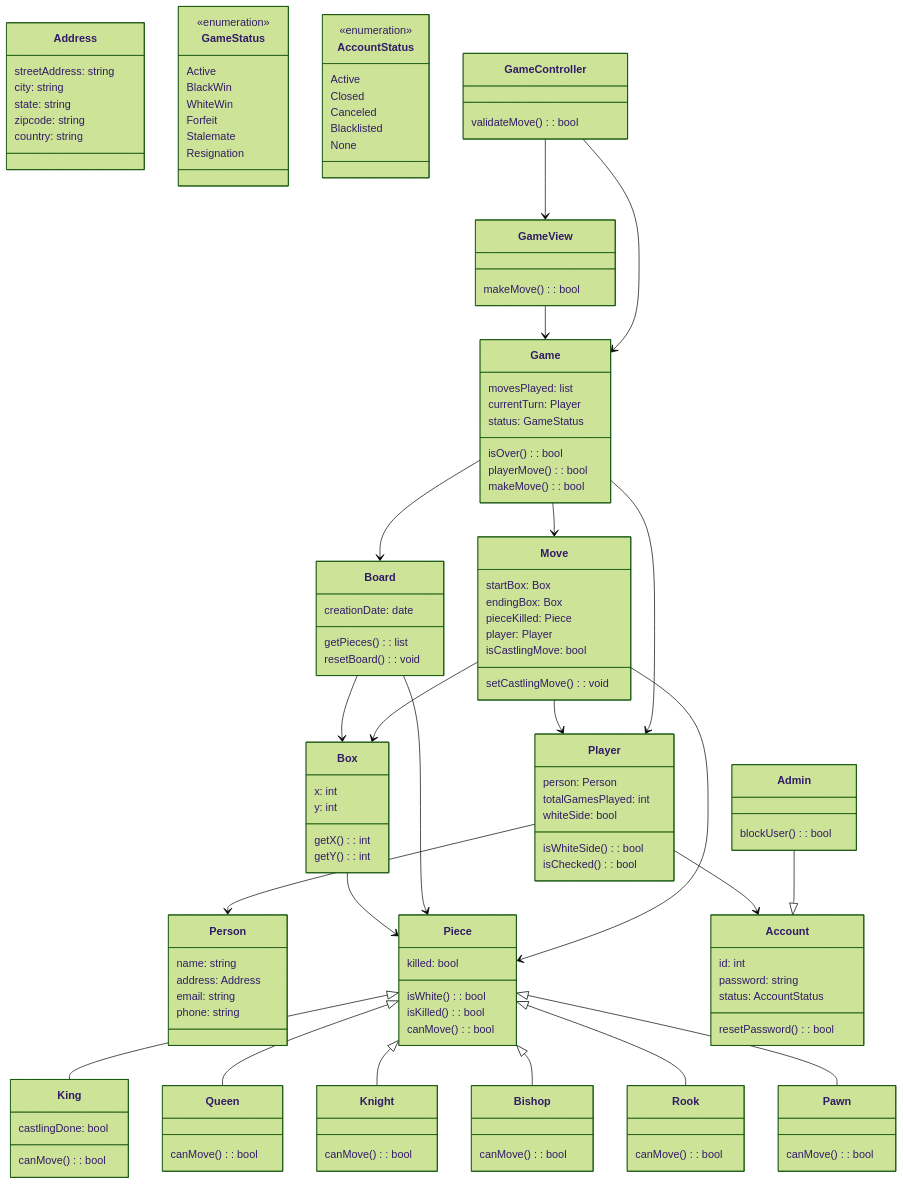
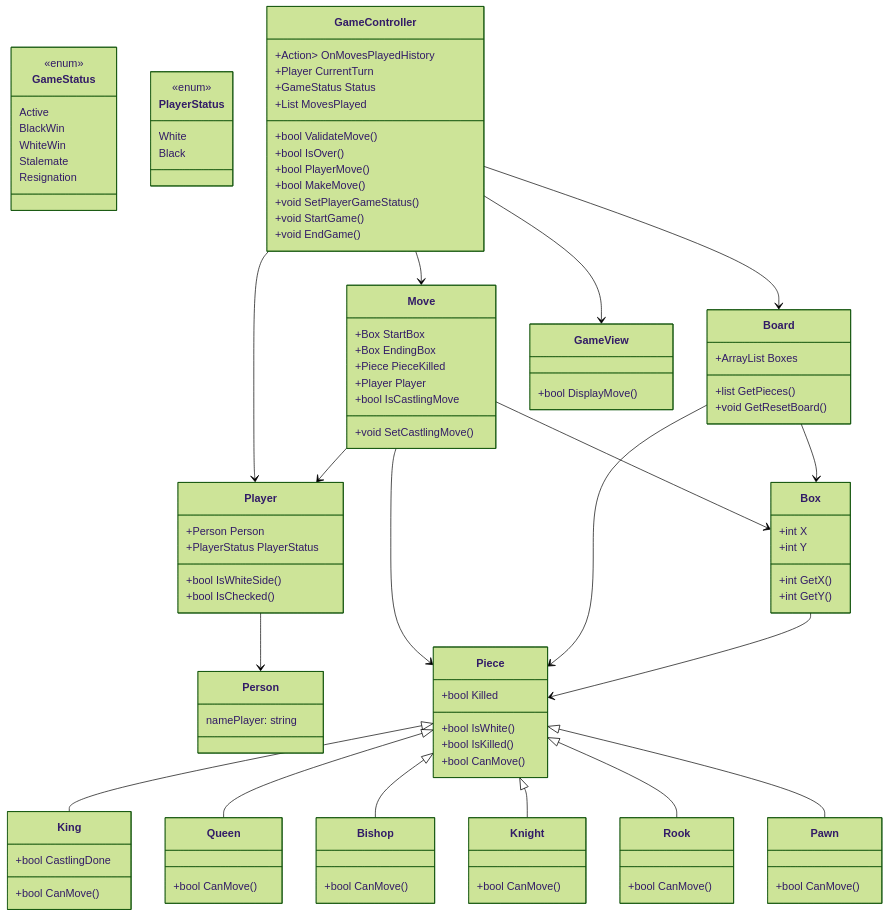
The diagram in ChessDiagram.md (haddinz/bootcamp-csharp), drawn with Mermaid (forest theme) before and after one commit. The commit also changed 9 other files, not shown here.

````diff
--- a/ChessDiagram.md
+++ b/ChessDiagram.md
@@ -1,153 +1,134 @@
 ```mermaid
-classDiagram
-    class Address {
-        streetAddress: string
-        city: string
-        state: string
-        zipcode: string
-        country: string
-    }
 
-    class Person {
-        name: string
-        address: Address
-        email: string
-        phone: string
-    }
+    classDiagram
 
-    class GameStatus {
-        <<enumeration>>
-        Active
-        BlackWin
-        WhiteWin
-        Forfeit
-        Stalemate
-        Resignation
-    }
+        class Person {
+            namePlayer: string
+        }
 
-    class AccountStatus {
-        <<enumeration>>
-        Active
-        Closed
-        Canceled
-        Blacklisted
-        None
-    }
+        class GameStatus {
+            <<enum>>
+            Active
+            BlackWin
+            WhiteWin
+            Stalemate
+            Resignation
+        }
 
-    class Move {
-        startBox: Box
-        endingBox: Box
-        pieceKilled: Piece
-        player: Player
-        isCastlingMove: bool
-        setCastlingMove(): void
-    }
+        class PlayerStatus {
+            <<enum>>
+            White
+            Black
+        }
 
-    class Box {
-        x: int
-        y: int
-        getX(): int
-        getY(): int
-    }
+        class Move {
+            +Box StartBox
+            +Box EndingBox
+            +Piece PieceKilled
+            +Player Player
+            +bool IsCastlingMove
 
-    class Board {
-        creationDate: date
-        getPieces(): list<Piece>
-        resetBoard(): void
-    }
+            +void SetCastlingMove()
+        }
 
-    class Piece {
-        killed: bool
-        isWhite(): bool
-        isKilled(): bool
-        canMove(): bool
-    }
+        class Box {
+            +int X 
+            +int Y
 
-    class King {
-        castlingDone: bool
-        canMove(): bool
-    }
+            +int GetX()
+            +int GetY()
+        }
 
-    class Queen {
-        canMove(): bool
-    }
+        class Board {
+            +ArrayList<Box> Boxes
 
-    class Knight {
-        canMove(): bool
-    }
+            +list<Piece> GetPieces()
+            +void GetResetBoard()
+        }
 
-    class Bishop {
-        canMove(): bool
-    }
+        class Piece {
+            +bool Killed
 
-    class Rook {
-        canMove(): bool
-    }
+            +bool IsWhite()
+            +bool IsKilled()
+            +bool CanMove()
+        }
 
-    class Pawn {
-        canMove(): bool
-    }
+        class King {
+            +bool CastlingDone
 
-    class Game {
-        movesPlayed: list<Move>
-        currentTurn: Player
-        status: GameStatus
-        isOver(): bool
-        playerMove(): bool
-        makeMove(): bool
-    }
+            +bool CanMove()
+        }
 
-    class Player {
-        person: Person
-        totalGamesPlayed: int
-        whiteSide: bool
-        isWhiteSide(): bool
-        isChecked(): bool
-    }
+        class Queen {
+            +bool CanMove()
+        }
 
-    class Account {
-        id: int
-        password: string
-        status: AccountStatus
-        resetPassword(): bool
-    }
+        class Bishop {
+            +bool CanMove()
+        }
 
-    class GameController {
-        validateMove(): bool
-    }
+        class Knight {
+            +bool CanMove()
+        }
+        
+        class Rook {
+            +bool CanMove()
+        }
 
-    class GameView {
-        makeMove(): bool
-    }
+        class Pawn {
+            +bool CanMove()
+        }
 
-    class Admin {
-        blockUser(): bool
-    }
+        class Player {
+            +Person Person
+            +PlayerStatus PlayerStatus
+            <!-- +bool WhiteSide -->
 
-    GameController --> Game
-    GameController --> GameView
-    GameView --> Game
-    Admin --|> Account
+            +bool IsWhiteSide()
+            +bool IsChecked()
+        }
 
-    Game --> Board
-    Game --> Player
-    Game --> Move
-    Player --> Person
-    Player --> Account
+        class GameController {
+            +Action<List<Move>> OnMovesPlayedHistory
+            +Player CurrentTurn
+            +GameStatus Status
+            +List<Move> MovesPlayed
 
-    Move --> Box
-    Move --> Piece
-    Move --> Player
+            +bool ValidateMove()
+            +bool IsOver()
+            +bool PlayerMove()
+            +bool MakeMove()
+            +void SetPlayerGameStatus()
+            +void StartGame()
+            +void EndGame()
+        }
 
-    Board --> Box
-    Board --> Piece
-    Box --> Piece
+        class GameView {
 
-    Piece <|-- King
-    Piece <|-- Queen
-    Piece <|-- Knight
-    Piece <|-- Bishop
-    Piece <|-- Rook
-    Piece <|-- Pawn
+            +bool DisplayMove()
+        }
+
+        GameController --> Player
+        GameController --> GameView
+        GameController --> Board
+        GameController --> Move
+
+        Player --> Person
+
+        Move --> Box
+        Move --> Piece
+        Move --> Player
+
+        Board --> Box
+        Board --> Piece
+        Box --> Piece
+
+        Piece <|-- King
+        Piece <|-- Queen
+        Piece <|-- Bishop
+        Piece <|-- Knight
+        Piece <|-- Rook
+        Piece <|-- Pawn
 
 ```
````
